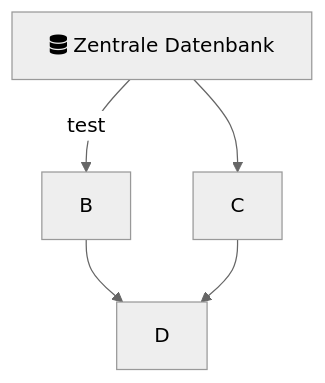
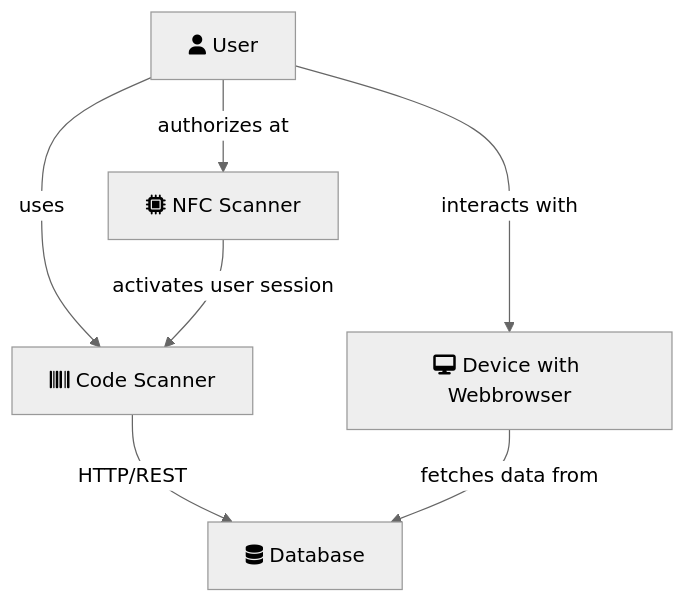
The diagram in README.md (nikcani/io-terminal), drawn with Mermaid (neutral theme) before and after one commit.

````diff
--- a/README.md
+++ b/README.md
@@ -11,7 +11,14 @@
 ```mermaid
 graph TD;
-A[fa:fa-database Zentrale Datenbank]-->|test|B;
-A-->C;
-B-->D;
-C-->D;
+A[fa:fa-database Database];
+B[fa:fa-barcode Code Scanner];
+C[fa:fa-user User];
+D[fa:fa-desktop Device with Webbrowser];
+E[fa:fa-microchip NFC Scanner];
+B-->|HTTP/REST|A;
+D-->|fetches data from|A;
+C-->|uses|B;
+C-->|interacts with|D;
+C-->|authorizes at|E;
+E-->|activates user session|B;
 ```
````
